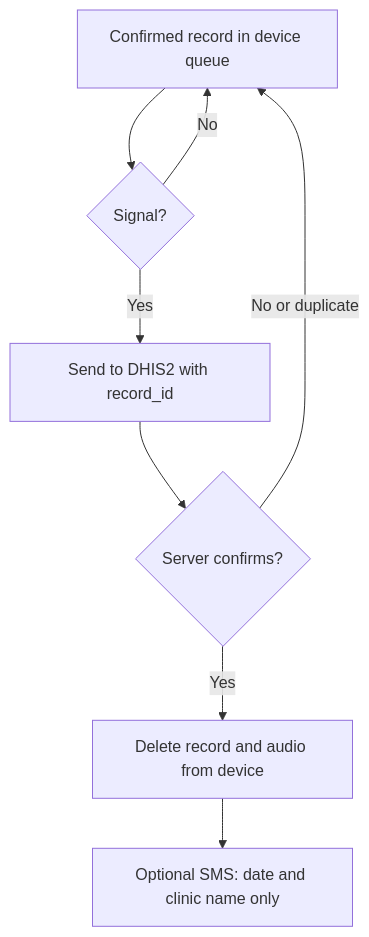
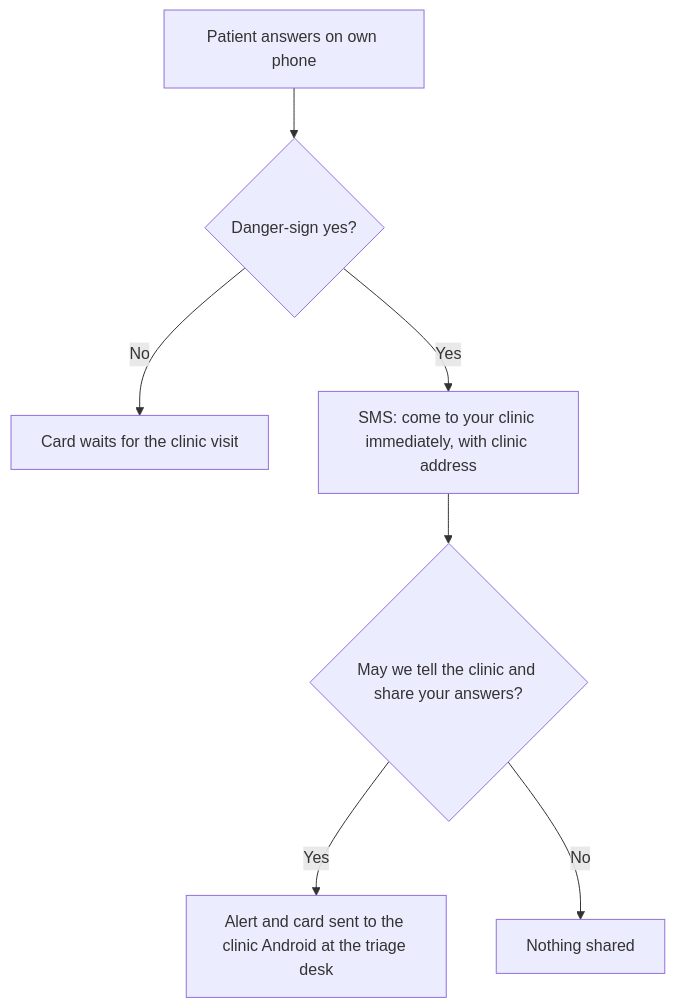
The fifth of 8 diagrams in docs/product/user-flows.md (Asia-ThePerson/Hacknation2026_TuWulira), drawn with Mermaid before and after one commit. The commit also changed other lines of this file and 36 other files, not shown here.

````diff
--- a/docs/product/user-flows.md
+++ b/docs/product/user-flows.md
@@ -39,10 +90,9 @@
 ```mermaid
 flowchart TD
-  A[Confirmed record in device queue] --> B{Signal?}
-  B -->|No| A
-  B -->|Yes| C[Send to DHIS2 with record_id]
-  C --> D{Server confirms?}
-  D -->|Yes| E[Delete record and audio from device]
-  D -->|No or duplicate| A
-  E --> F[Optional SMS: date and clinic name only]
+  A[Patient answers on own phone] --> B{Danger-sign yes?}
+  B -->|No| C[Card waits for the clinic visit]
+  B -->|Yes| S[SMS: come to your clinic immediately, with clinic address]
+  S --> P{May we tell the clinic and share your answers?}
+  P -->|Yes| Y[Alert and card sent to the clinic Android at the triage desk]
+  P -->|No| N[Nothing shared]
 ```
````
